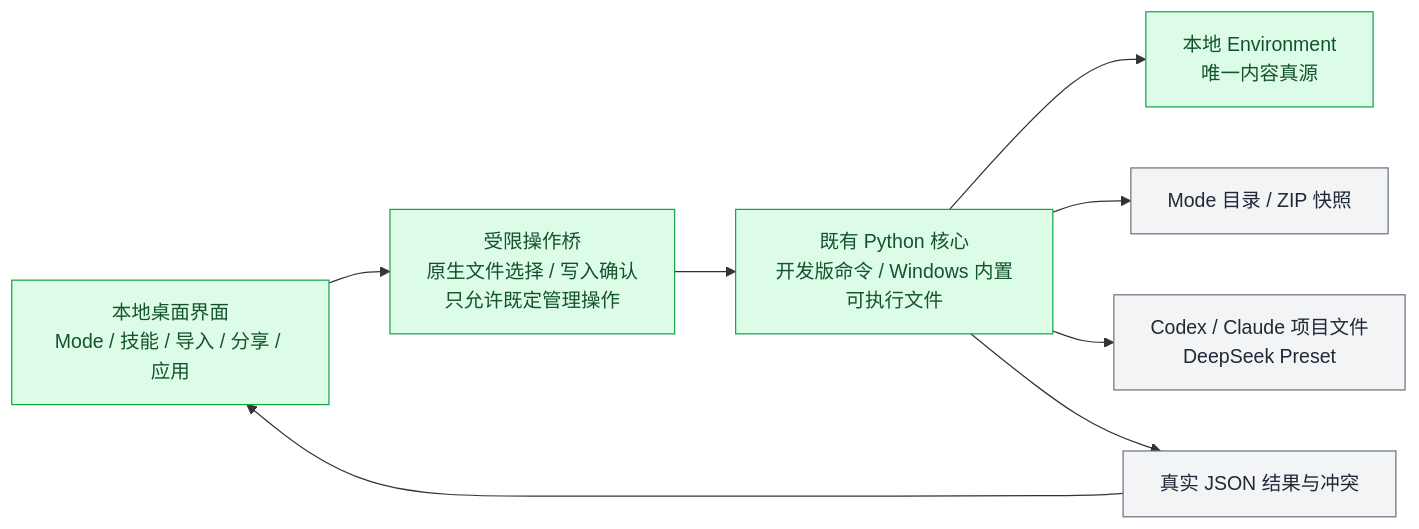
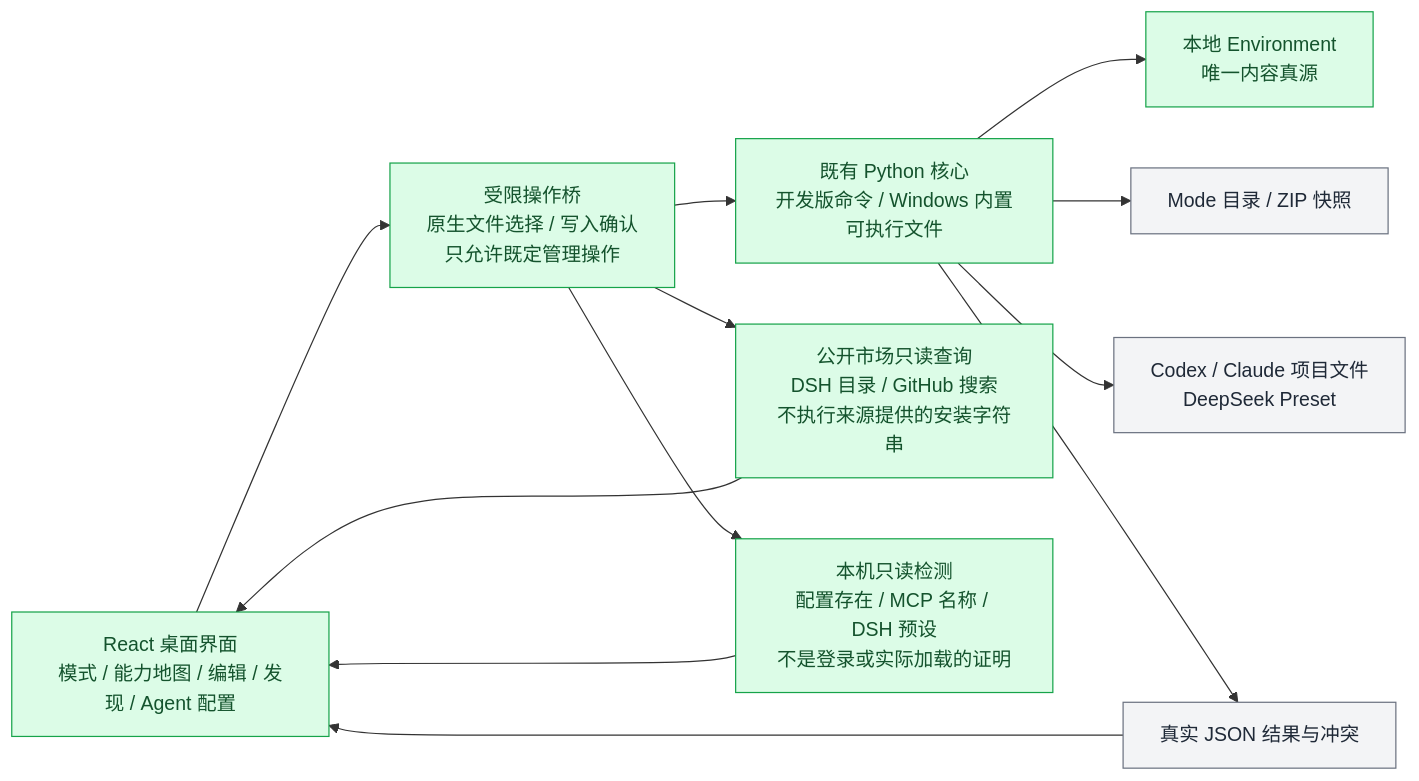
The seventh of 20 diagrams in docs/asl-architecture-views.md (qihangzhang-272/asl-harness), drawn with Mermaid before and after one commit. The commit also changed other lines of this file and 21 other files, not shown here.

````diff
--- a/docs/asl-architecture-views.md
+++ b/docs/asl-architecture-views.md
@@ -546,14 +567,18 @@
 ```mermaid
 flowchart LR
-    UI["本地桌面界面<br/>Mode / 技能 / 导入 / 分享 / 应用"] --> IPC["受限操作桥<br/>原生文件选择 / 写入确认<br/>只允许既定管理操作"]
+    UI["React 桌面界面<br/>模式 / 能力地图 / 编辑 / 发现 / Agent 配置"] --> IPC["受限操作桥<br/>原生文件选择 / 写入确认<br/>只允许既定管理操作"]
     IPC --> CORE["既有 Python 核心<br/>开发版命令 / Windows 内置可执行文件"]
     CORE --> ENV["本地 Environment<br/>唯一内容真源"]
     CORE --> PACK["Mode 目录 / ZIP 快照"]
     CORE --> HOST["Codex / Claude 项目文件<br/>DeepSeek Preset"]
     CORE --> RESULT["真实 JSON 结果与冲突"]
+    IPC --> MARKET["公开市场只读查询<br/>DSH 目录 / GitHub 搜索<br/>不执行来源提供的安装字符串"]
+    IPC --> NATIVE["本机只读检测<br/>配置存在 / MCP 名称 / DSH 预设<br/>不是登录或实际加载的证明"]
+    MARKET --> UI
+    NATIVE --> UI
     RESULT --> UI
     classDef done fill:#dcfce7,stroke:#16a34a,color:#14532d;
     classDef generated fill:#f3f4f6,stroke:#6b7280,color:#1f2937;
-    class UI,IPC,CORE,ENV done;
+    class UI,IPC,CORE,ENV,MARKET,NATIVE done;
     class PACK,HOST,RESULT generated;
 ```
````
